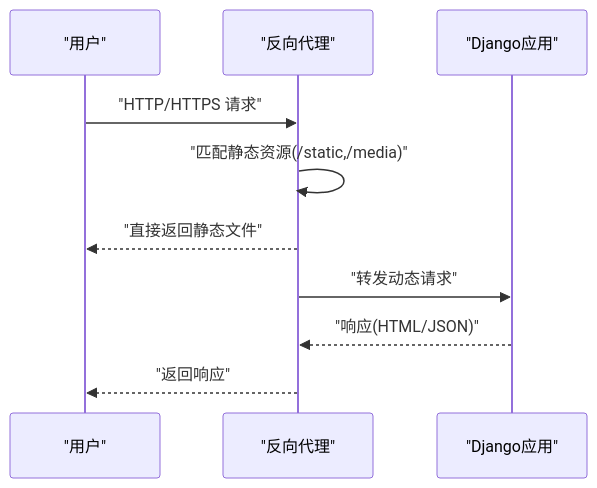
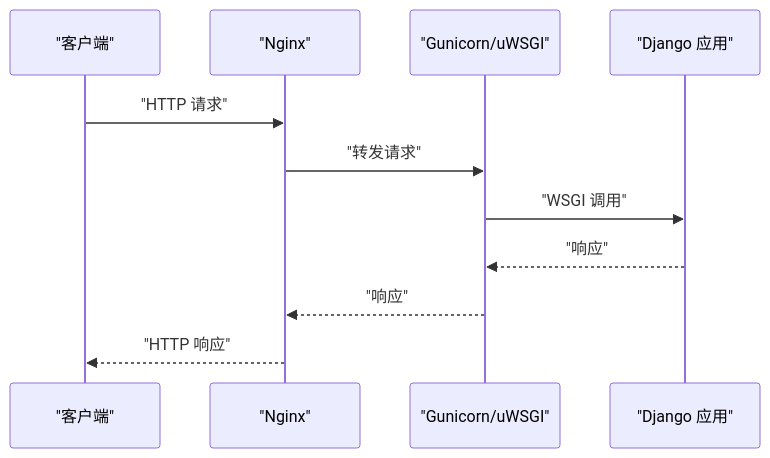
The fourth of 6 diagrams in .qoder/repowiki/zh/content/部署指南/生产环境部署.md (Blaipchi/LLM_AIfriends), drawn with Mermaid before and after one commit. The commit also changed other lines of this file and 89 other files, not shown here.

````diff
--- a/.qoder/repowiki/zh/content/部署指南/生产环境部署.md
+++ b/.qoder/repowiki/zh/content/部署指南/生产环境部署.md
@@ -186,12 +146,13 @@
 ```mermaid
 sequenceDiagram
-participant U as "用户"
-participant RP as "反向代理"
-participant APP as "Django应用"
-U->>RP : "HTTP/HTTPS 请求"
-RP->>RP : "匹配静态资源(/static,/media)"
-RP-->>U : "直接返回静态文件"
-RP->>APP : "转发动态请求"
-APP-->>RP : "响应(HTML/JSON)"
-RP-->>U : "返回响应"
+participant C as "客户端"
+participant N as "Nginx"
+participant G as "Gunicorn/uWSGI"
+participant D as "Django 应用"
+C->>N : "HTTP 请求"
+N->>G : "转发请求"
+G->>D : "WSGI 调用"
+D-->>G : "响应"
+G-->>N : "响应"
+N-->>C : "HTTP 响应"
 ```
````
